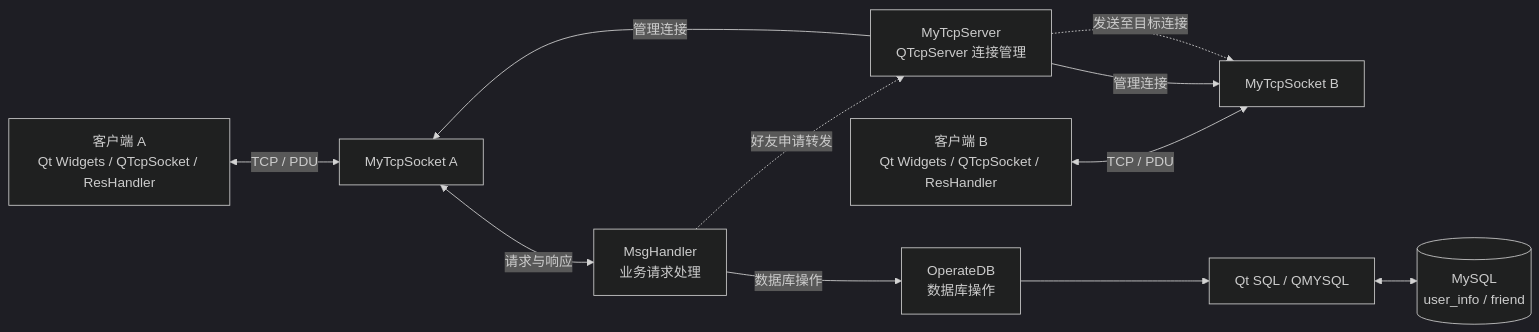
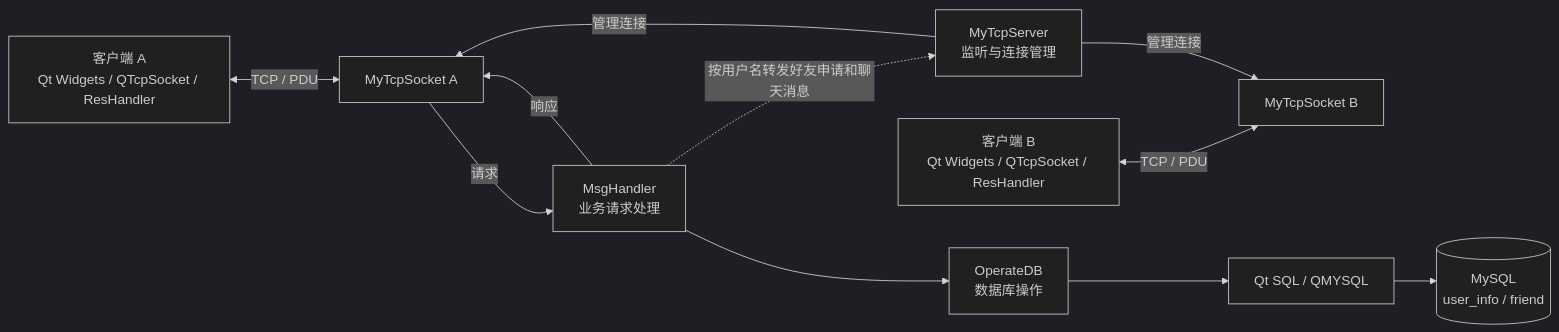
The first of 2 diagrams in README.md (wenshuo-zh/qt-tcp), drawn with Mermaid (dark theme) before and after one commit. The commit also changed other lines of this file and 4 other files, not shown here.

````diff
--- a/README.md
+++ b/README.md
@@ -45,23 +62,23 @@
 ```mermaid
 flowchart LR
-    A[客户端 A<br/>Qt Widgets / QTcpSocket / ResHandler]
-    B[客户端 B<br/>Qt Widgets / QTcpSocket / ResHandler]
-    S[MyTcpServer<br/>QTcpServer 连接管理]
+    CA[客户端 A<br/>Qt Widgets / QTcpSocket / ResHandler]
+    CB[客户端 B<br/>Qt Widgets / QTcpSocket / ResHandler]
     SA[MyTcpSocket A]
     SB[MyTcpSocket B]
-    M[MsgHandler<br/>业务请求处理]
-    O[OperateDB<br/>数据库操作]
-    Q[Qt SQL / QMYSQL]
-    DB[(MySQL<br/>user_info / friend)]
+    MS[MyTcpServer<br/>监听与连接管理]
+    MH[MsgHandler<br/>业务请求处理]
+    DBOP[OperateDB<br/>数据库操作]
+    SQL[Qt SQL / QMYSQL]
+    MYSQL[(MySQL<br/>user_info / friend)]
 
-    A <-->|TCP / PDU| SA
-    B <-->|TCP / PDU| SB
-    S -->|管理连接| SA
-    S -->|管理连接| SB
-    SA <-->|请求与响应| M
-    M -->|数据库操作| O
-    O --> Q
-    Q <--> DB
-    M -.->|好友申请转发| S
-    S -.->|发送至目标连接| SB
+    CA <-->|TCP / PDU| SA
+    CB <-->|TCP / PDU| SB
+    MS -->|管理连接| SA
+    MS -->|管理连接| SB
+    SA -->|请求| MH
+    MH -->|响应| SA
+    MH --> DBOP
+    DBOP --> SQL
+    SQL --> MYSQL
+    MH -.->|按用户名转发好友申请和聊天消息| MS
 ```
````
